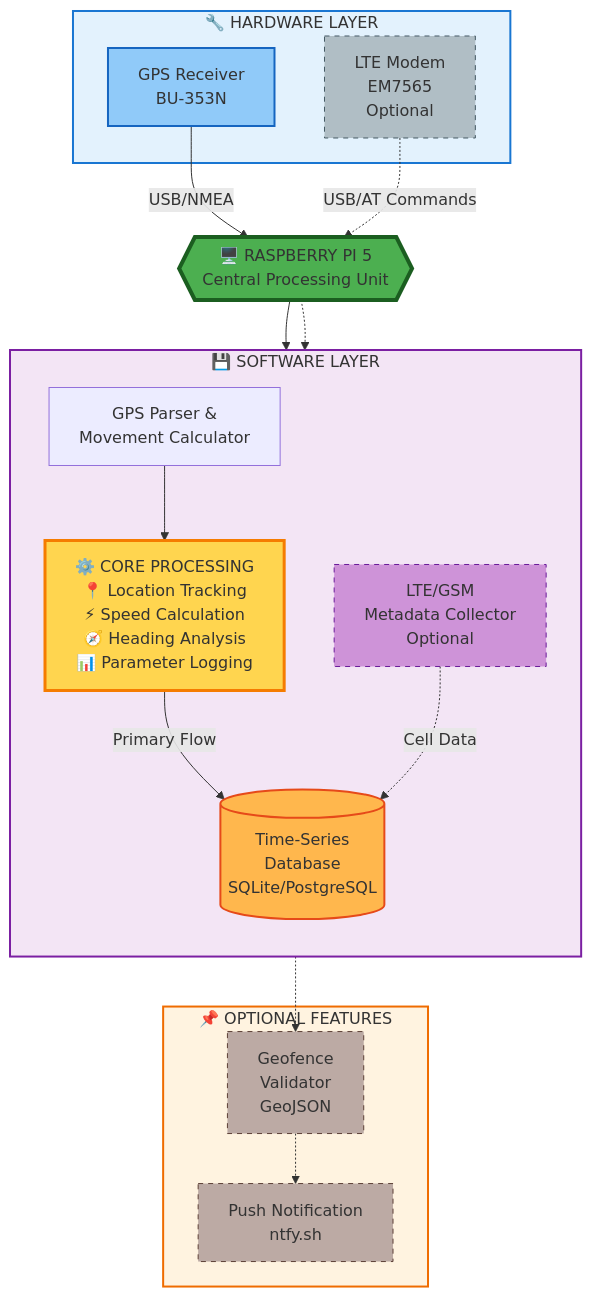
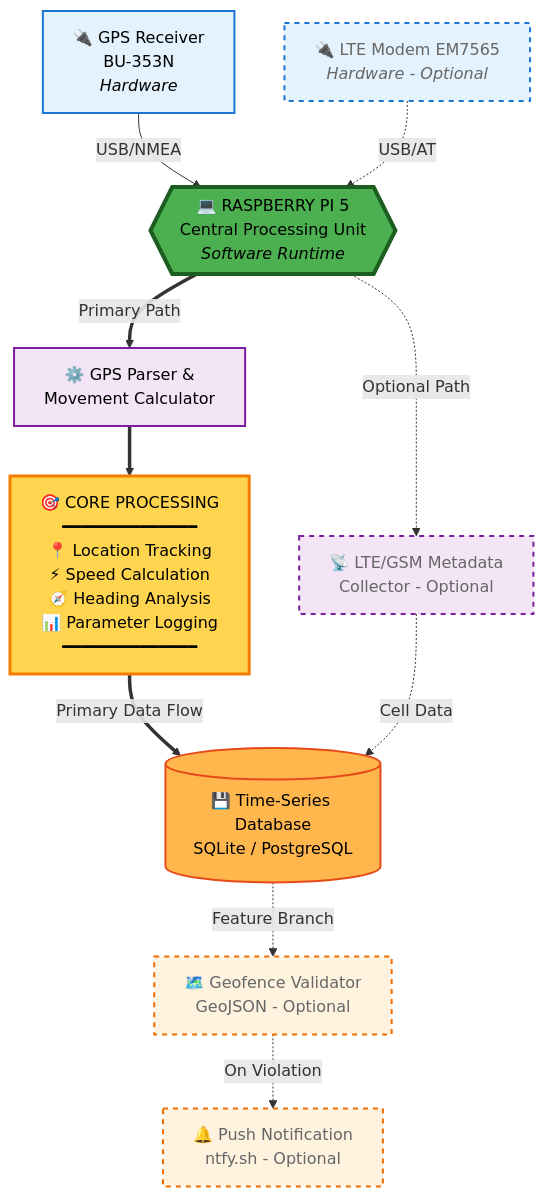
The diagram in README.md (cramos93/Raspberry-Pi-GPS-Cellular-Data-Logger), drawn with Mermaid before and after one commit.

Commit message:
README.md

````diff
--- a/README.md
+++ b/README.md
@@ -76,44 +76,37 @@
 ```mermaid
 graph TB
-    subgraph HW["🔧 HARDWARE LAYER"]
-        GPS[GPS Receiver<br/>BU-353N]
-        LTE[LTE Modem<br/>EM7565<br/>Optional]
-    end
+    GPS["🔌 GPS Receiver<br/>BU-353N<br/><i>Hardware</i>"]
+    LTE["🔌 LTE Modem EM7565<br/><i>Hardware - Optional</i>"]
     
-    GPS -->|USB/NMEA| PI{{"🖥️ RASPBERRY PI 5<br/>Central Processing Unit"}}
-    LTE -.->|USB/AT Commands| PI
+    GPS -->|USB/NMEA| PI{{"💻 RASPBERRY PI 5<br/>Central Processing Unit<br/><i>Software Runtime</i>"}}
+    LTE -.->|USB/AT| PI
     
-    subgraph SW["💾 SOFTWARE LAYER"]
-        direction TB
-        PARSE[GPS Parser &<br/>Movement Calculator]
-        CORE["⚙️ CORE PROCESSING<br/>📍 Location Tracking<br/>⚡ Speed Calculation<br/>🧭 Heading Analysis<br/>📊 Parameter Logging"]
-        DB[(Time-Series<br/>Database<br/>SQLite/PostgreSQL)]
-        META[LTE/GSM<br/>Metadata Collector<br/>Optional]
-    end
+    PI ==>|"Primary Path"| PARSE["⚙️ GPS Parser &<br/>Movement Calculator"]
+    PI -.->|"Optional Path"| META["📡 LTE/GSM Metadata<br/>Collector - Optional"]
     
-    PI --> PARSE
-    PI -.-> META
-    PARSE --> CORE
-    CORE -->|Primary Flow| DB
-    META -.->|Cell Data| DB
+    PARSE ==> CORE["🎯 CORE PROCESSING<br/>━━━━━━━━━━━━━━<br/>📍 Location Tracking<br/>⚡ Speed Calculation<br/>🧭 Heading Analysis<br/>📊 Parameter Logging<br/>━━━━━━━━━━━━━━"]
     
-    subgraph OPT["📌 OPTIONAL FEATURES"]
-        FENCE[Geofence<br/>Validator<br/>GeoJSON]
-        NOTIFY[Push Notification<br/>ntfy.sh]
-    end
+    CORE ==>|"Primary Data Flow"| DB[("💾 Time-Series Database<br/>SQLite / PostgreSQL")]
+    META -.->|"Cell Data"| DB
     
-    DB -.-> FENCE
-    FENCE -.-> NOTIFY
+    DB -.->|"Feature Branch"| FENCE["🗺️ Geofence Validator<br/>GeoJSON - Optional"]
+    FENCE -.->|"On Violation"| NOTIFY["🔔 Push Notification<br/>ntfy.sh - Optional"]
     
-    style HW fill:#e3f2fd,stroke:#1976d2,stroke-width:2px
-    style SW fill:#f3e5f5,stroke:#7b1fa2,stroke-width:2px
-    style OPT fill:#fff3e0,stroke:#ef6c00,stroke-width:2px
-    style PI fill:#4caf50,stroke:#1b5e20,stroke-width:4px
-    style CORE fill:#ffd54f,stroke:#f57c00,stroke-width:3px
-    style DB fill:#ffb74d,stroke:#e64a19,stroke-width:2px
-    style GPS fill:#90caf9,stroke:#1565c0,stroke-width:2px
-    style LTE fill:#b0bec5,stroke:#455a64,stroke-width:1px,stroke-dasharray: 5 5
-    style META fill:#ce93d8,stroke:#6a1b9a,stroke-width:1px,stroke-dasharray: 5 5
-    style FENCE fill:#bcaaa4,stroke:#5d4037,stroke-width:1px,stroke-dasharray: 5 5
-    style NOTIFY fill:#bcaaa4,stroke:#5d4037,stroke-width:1px,stroke-dasharray: 5 5
+    classDef hardware fill:#e3f2fd,stroke:#1976d2,stroke-width:2px,color:#000
+    classDef hardwareOpt fill:#e3f2fd,stroke:#1976d2,stroke-width:2px,stroke-dasharray: 5 5,color:#666
+    classDef central fill:#4caf50,stroke:#1b5e20,stroke-width:4px,color:#000
+    classDef core fill:#ffd54f,stroke:#f57c00,stroke-width:3px,color:#000
+    classDef software fill:#f3e5f5,stroke:#7b1fa2,stroke-width:2px,color:#000
+    classDef softwareOpt fill:#f3e5f5,stroke:#7b1fa2,stroke-width:2px,stroke-dasharray: 5 5,color:#666
+    classDef database fill:#ffb74d,stroke:#e64a19,stroke-width:2px,color:#000
+    classDef optional fill:#fff3e0,stroke:#ef6c00,stroke-width:2px,stroke-dasharray: 5 5,color:#666
+    
+    class GPS hardware
+    class LTE hardwareOpt
+    class PI central
+    class PARSE software
+    class CORE core
+    class DB database
+    class META softwareOpt
+    class FENCE,NOTIFY optional
 ```
````
